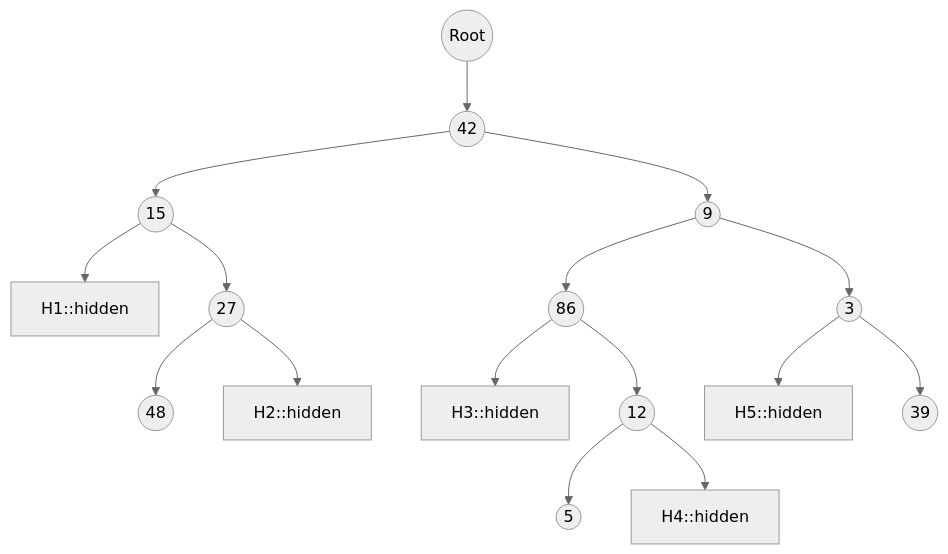
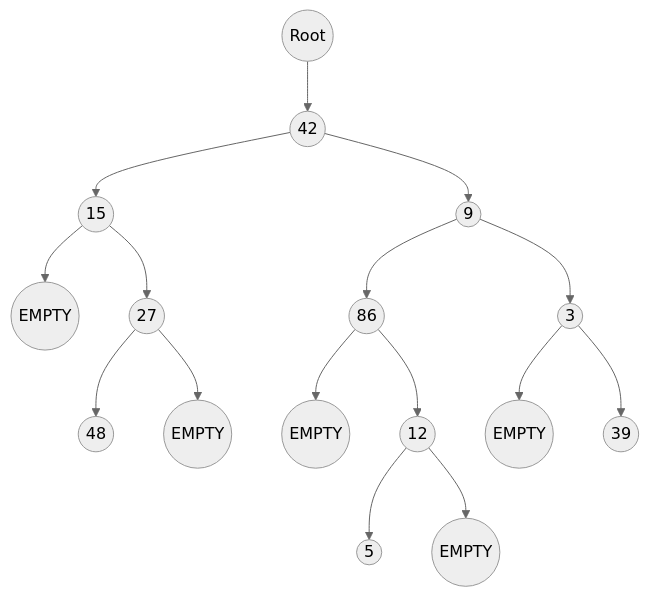
One commit to jayshozie/ceng301 changed the first of 4 diagrams in lecture-notes/w07.md. Above: the diagram before and after it, drawn with Mermaid (neutral theme). The commit also changed other lines of this file, not shown here.

Commit message:
nrt in w07

````diff
--- a/lecture-notes/w07.md
+++ b/lecture-notes/w07.md
@@ -181,21 +181,21 @@
 ```mermaid
 graph TB
 
 A((Root)) --> B((42))
 B --> C((15))
 B --> D((9))
-C --> H1::hidden
+C --> H1((EMPTY))
 C --> E((27))
 E --> F((48))
-E --> H2::hidden
+E --> H2((EMPTY))
 
 D --> G((86))
 D --> H((3))
-G --> H3::hidden
+G --> H3((EMPTY))
 G --> I((12))
 I --> J((5))
-I --> H4::hidden
+I --> H4((EMPTY))
 
-H --> H5::hidden
+H --> H5((EMPTY))
 H --> K((39))
 ```
````
